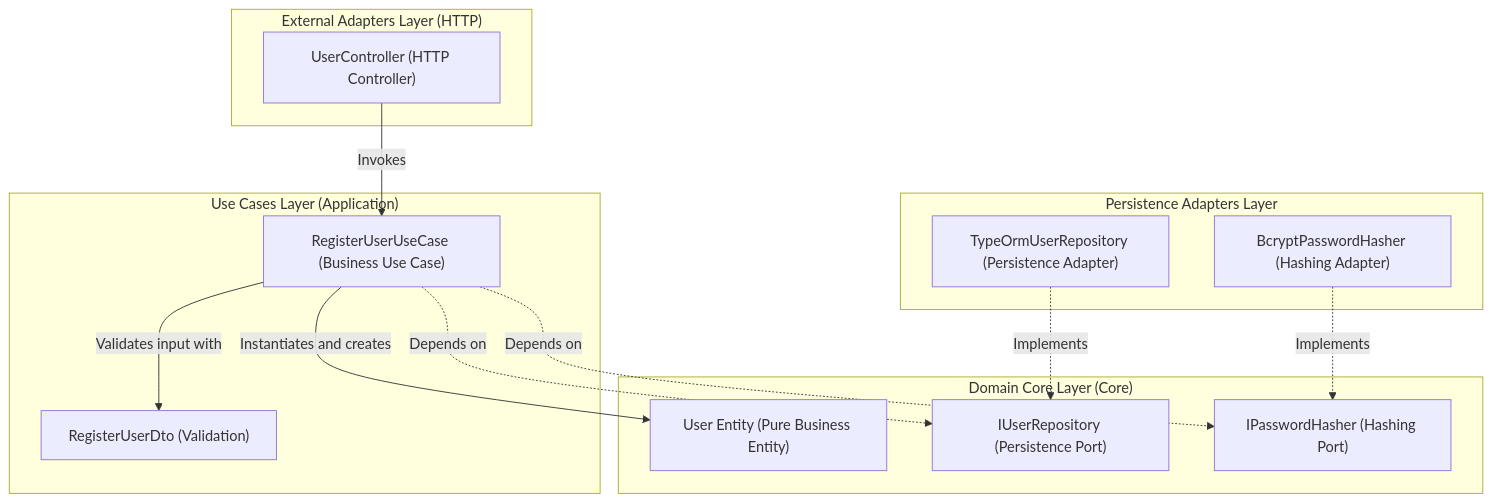
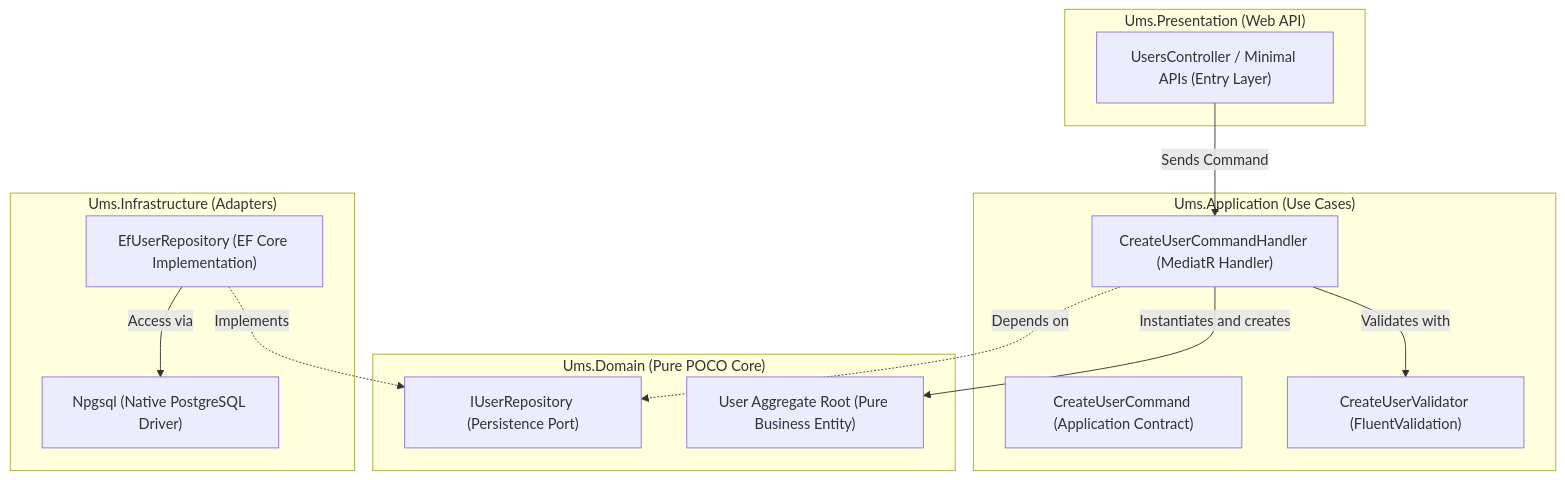
The third of 7 diagrams in architecture/blueprints/architecture-spec.md (beyondnetcode/ums), drawn with Mermaid before and after one commit. The commit also changed other lines of this file and 3 other files, not shown here.

````diff
--- a/architecture/blueprints/architecture-spec.md
+++ b/architecture/blueprints/architecture-spec.md
@@ -122,31 +122,30 @@
 ```mermaid
 graph TD
-    subgraph HTTP["External Adapters Layer (HTTP)"]
-        Controller["UserController (HTTP Controller)"]
+    subgraph Presentation["Ums.Presentation (Web API)"]
+        Controller["UsersController / Minimal APIs (Entry Layer)"]
     end
 
-    subgraph Application["Use Cases Layer (Application)"]
-        UseCase["RegisterUserUseCase (Business Use Case)"]
-        DTO["RegisterUserDto (Validation)"]
+    subgraph Application["Ums.Application (Use Cases)"]
+        Handler["CreateUserCommandHandler (MediatR Handler)"]
+        Command["CreateUserCommand (Application Contract)"]
+        Validator["CreateUserValidator (FluentValidation)"]
     end
 
-    subgraph Core["Domain Core Layer (Core)"]
-        UserEntity["User Entity (Pure Business Entity)"]
+    subgraph Domain["Ums.Domain (Pure POCO Core)"]
+        Entity["User Aggregate Root (Pure Business Entity)"]
         IUserRepo["IUserRepository (Persistence Port)"]
-        IPassHasher["IPasswordHasher (Hashing Port)"]
     end
 
-    subgraph Infrastructure["Persistence Adapters Layer"]
-        TypeOrmRepo["TypeOrmUserRepository (Persistence Adapter)"]
-        BcryptHasher["BcryptPasswordHasher (Hashing Adapter)"]
+    subgraph Infrastructure["Ums.Infrastructure (Adapters)"]
+        EfRepo["EfUserRepository (EF Core Implementation)"]
+        Postgres["Npgsql (Native PostgreSQL Driver)"]
     end
 
-    Controller -->|Invokes| UseCase
-    UseCase -->|Validates input with| DTO
-    UseCase -->|Instantiates and creates| UserEntity
-    UseCase -.->|Depends on| IUserRepo
-    UseCase -.->|Depends on| IPassHasher
-
-    TypeOrmRepo -.->|Implements| IUserRepo
-    BcryptHasher -.->|Implements| IPassHasher
+    Controller -->|Sends Command| Handler
+    Handler -->|Validates with| Validator
+    Handler -->|Instantiates and creates| Entity
+    Handler -.->|Depends on| IUserRepo
+    
+    EfRepo -.->|Implements| IUserRepo
+    EfRepo -->|Access via| Postgres
 ```
````
